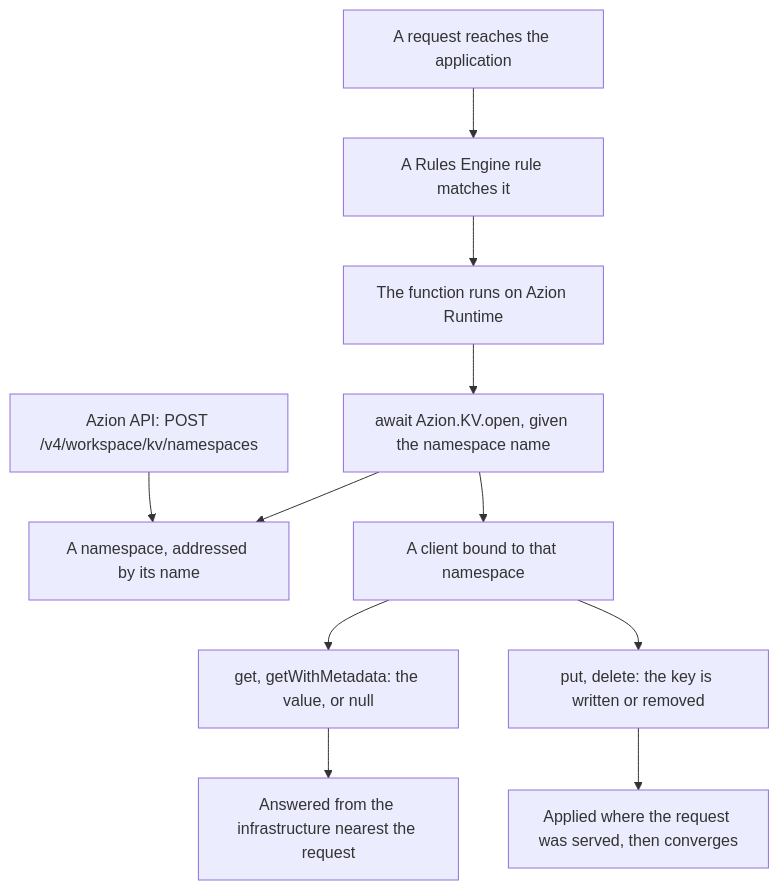
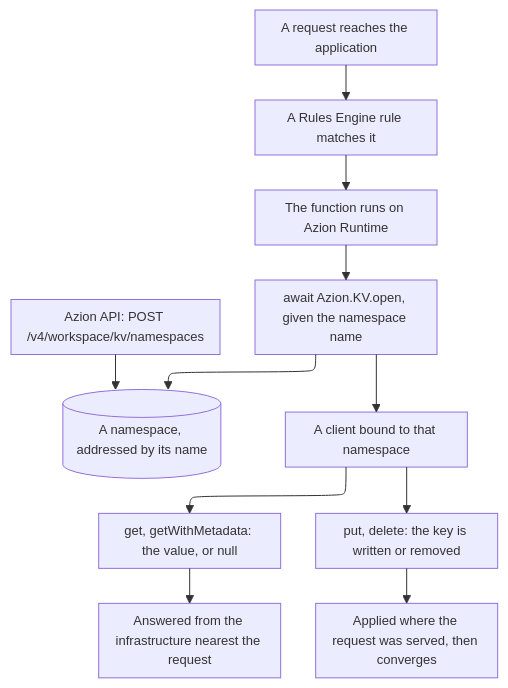
Before and after one commit to aziontech/docs: the diagram in apps/docs/src/content/docs/en/pages/store/kv-store/how-it-works.mdx, drawn with Mermaid. The commit also changed 179 other files, not shown here.

Commit message:
docs(diagrams): redraw every other diagram in the use-case diagram style (#2513)

````diff
--- a/apps/docs/src/content/docs/en/pages/store/kv-store/how-it-works.mdx
+++ b/apps/docs/src/content/docs/en/pages/store/kv-store/how-it-works.mdx
@@ -41,13 +41,14 @@
 ```mermaid
+%%{init: {"layout": "elk", "elk": {"layeringStrategy": "LONGEST_PATH_SOURCE"}, "themeVariables": {"fontSize": "13px"}, "flowchart": {"nodeSpacing": 24, "rankSpacing": 36, "padding": 8, "wrappingWidth": 150, "useMaxWidth": true}, "sequence": {"width": 120, "actorMargin": 30, "useMaxWidth": true}}}%%
 flowchart TD
-  Api["Azion API: POST /v4/workspace/kv/namespaces"] --> Namespace["A namespace, addressed by its name"]
+  Api["Azion API: POST /v4/workspace/kv/namespaces"] --> Namespace[("A namespace, addressed by its name")]
   Request["A request reaches the application"] --> Rule["A Rules Engine rule matches it"]
   Rule --> Run["The function runs on Azion Runtime"]
   Run --> Open["await Azion.KV.open, given the namespace name"]
   Open --> Namespace
   Open --> Client["A client bound to that namespace"]
   Client --> Read["get, getWithMetadata: the value, or null"]
   Client --> Write["put, delete: the key is written or removed"]
   Read --> Near["Answered from the infrastructure nearest the request"]
   Write --> Spread["Applied where the request was served, then converges"]
 ```
````
